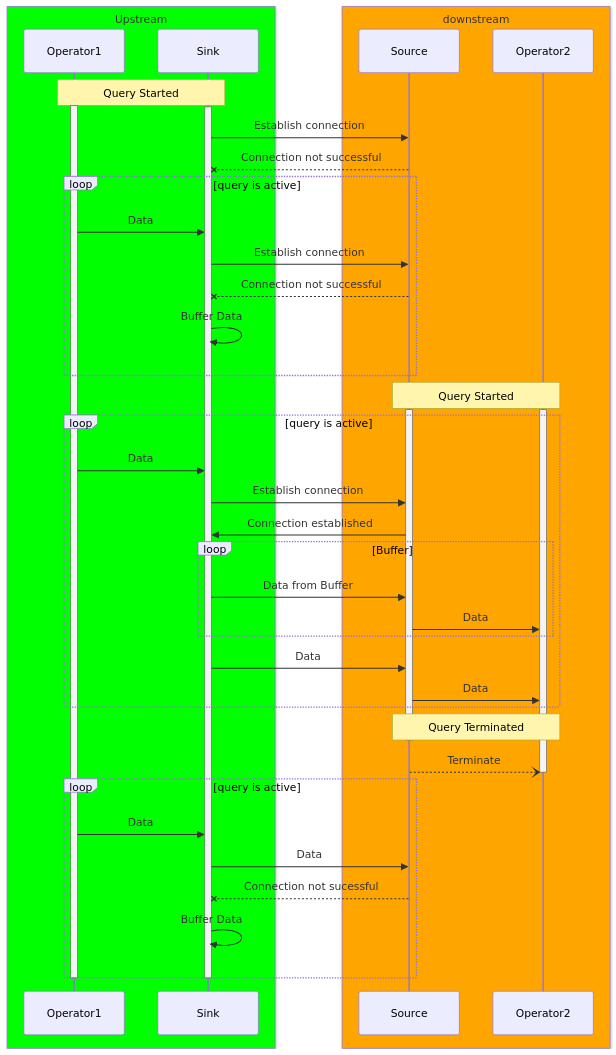
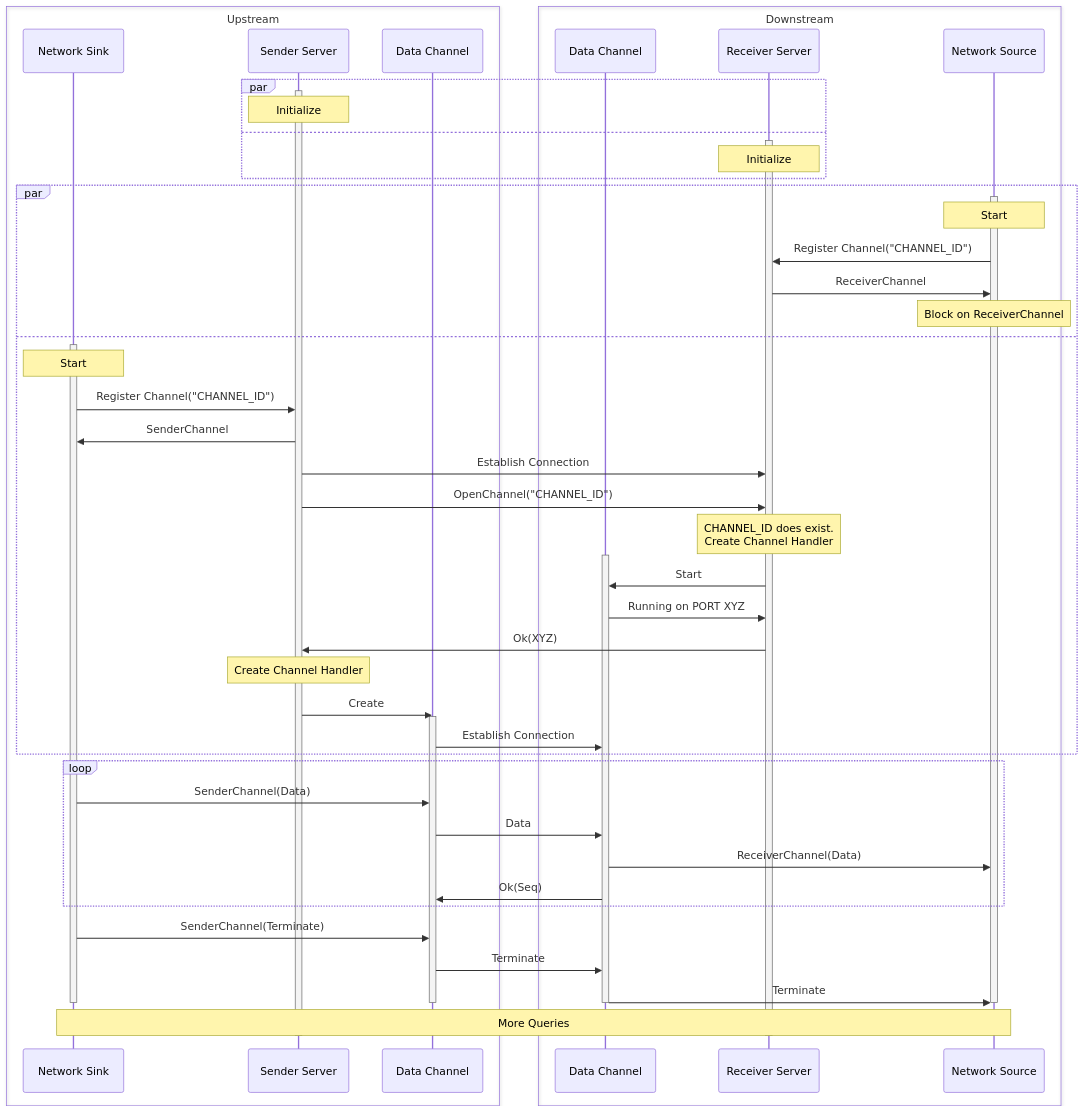
Before and after one commit to nebulastream/nebulastream: the ninth of 9 diagrams in docs/design/20250120_Distributed.md, drawn with Mermaid. The commit also changed other lines of this file, not shown here.

````diff
--- a/docs/design/20250120_Distributed.md
+++ b/docs/design/20250120_Distributed.md
@@ -91,56 +224,68 @@
 ```mermaid
 sequenceDiagram
-box lime Upstream
-    participant Op1 as Operator1
-    participant s as Sink
-end
-box orange downstream
-    participant S as Source
-    participant Op2 as Operator2
+    box Upstream
+        participant NSink as Network Sink
+        participant SSC as Sender Server
+        participant SDC as Data Channel
+    end
+    box Downstream
+        participant RDC as Data Channel
+        participant RRC as Receiver Server
+        participant NSource as Network Source
+    end
+
+par
+    activate SSC
+    Note over SSC: Initialize
+and
+    activate RRC
+    Note over RRC: Initialize
 end
 
-    note over Op1, s: Query Started
-    activate Op1
-    activate s
-    s->>S: Establish connection
-    S--xs: Connection not successful
-
-    loop query is active
-        Op1 ->> s: Data 
-        s->>S: Establish connection
-        S--xs: Connection not successful
-        s->>s: Buffer Data
-    end
+par
+    activate NSource
+    Note over NSource: Start
+    NSource ->> RRC: Register Channel("CHANNEL_ID")
+    RRC ->> NSource: ReceiverChannel
+    Note over NSource: Block on ReceiverChannel
+and
+    activate NSink
+    Note over NSink: Start
+    NSink ->> SSC: Register Channel("CHANNEL_ID")
+    SSC ->> NSink: SenderChannel
+    SSC ->> RRC: Establish Connection
+    SSC ->> RRC: OpenChannel("CHANNEL_ID")
 
 
-    note over S, Op2: Query Started
-    activate Op2
-    activate S
-    
-    loop query is active
-        Op1 ->> s: Data 
-        s->>S: Establish connection
-        S->>s: Connection established
-        loop Buffer
-            s->>S: Data from Buffer
-            S->>Op2: Data
-        end
-        s->>S: Data
-        S->>Op2: Data
-    end
+    note over RRC: CHANNEL_ID does exist.<br />Create Channel Handler
+    activate RDC
+    RRC ->> RDC: Start
+    RDC ->> RRC: Running on PORT XYZ
+    RRC ->> SSC: Ok(XYZ)
+    note over SSC: Create Channel Handler
+    SSC ->> SDC: Create
+    activate SDC
+    SDC ->> RDC: Establish Connection
+end
 
-    note over S, Op2: Query Terminated
-    deactivate S
-    S --) Op2: Terminate 
-    deactivate Op2
+loop
+    NSink ->> SDC: SenderChannel(Data)
+    SDC ->> RDC: Data
+    RDC ->> NSource: ReceiverChannel(Data)
+    RDC ->> SDC: Ok(Seq)
+end
+    NSink ->> SDC: SenderChannel(Terminate)
+    SDC ->> RDC: Terminate
+    RDC ->> NSource: Terminate
 
-    loop query is active
-        Op1 ->> s: Data 
-        s->>S: Data
-        S--xs: Connection not sucessful
-        s->>s: Buffer Data
-    end
+    deactivate RDC
+    deactivate SDC
+    deactivate NSink
+    deactivate NSource
 
-    deactivate s
-    deactivate Op1
+    note over NSink, NSource: More Queries
+
+    deactivate SSC
+    deactivate RRC
+
 ```
````
